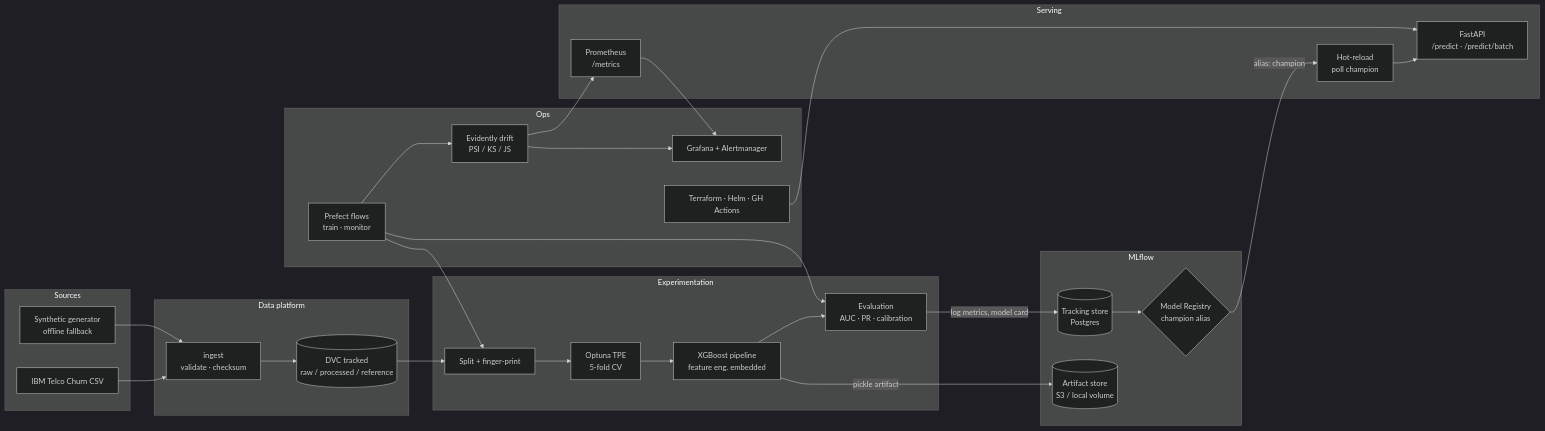
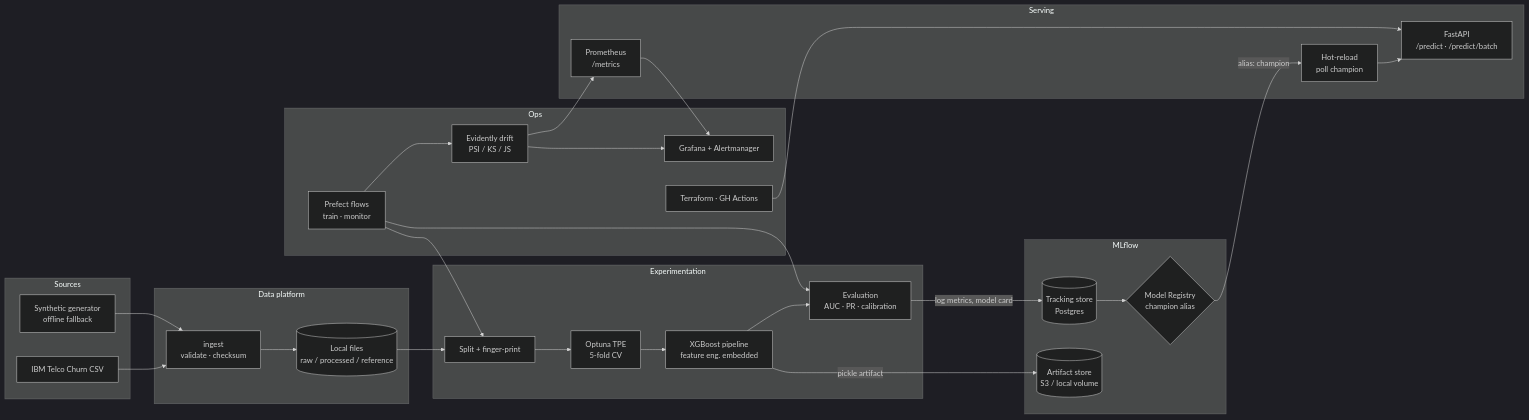
Before and after one commit to GuptaAman12/churnguard: the diagram in docs/architecture.md, drawn with Mermaid (dark theme). The commit also changed other lines of this file and 5 other files, not shown here.

````diff
--- a/docs/architecture.md
+++ b/docs/architecture.md
@@ -7,54 +7,54 @@
 ```mermaid
 flowchart LR
     subgraph Sources
         A[IBM Telco Churn CSV]
         A2[Synthetic generator<br/>offline fallback]
     end
 
     subgraph DataPlatform["Data platform"]
         B[ingest<br/>validate · checksum]
-        C[(DVC tracked<br/>raw / processed / reference)]
+        C[(Local files<br/>raw / processed / reference)]
     end
 
     subgraph Experimentation
         D[Split + finger-print]
         E[Optuna TPE<br/>5-fold CV]
         F[XGBoost pipeline<br/>feature eng. embedded]
         G[Evaluation<br/>AUC · PR · calibration]
     end
 
     subgraph Registry[MLflow]
         H[(Tracking store<br/>Postgres)]
         I[(Artifact store<br/>S3 / local volume)]
         J{Model Registry<br/>champion alias}
     end
 
     subgraph Serving
         K[FastAPI<br/>/predict · /predict/batch]
         L[Hot-reload<br/>poll champion]
         M[Prometheus<br/>/metrics]
     end
 
     subgraph Ops
         N[Prefect flows<br/>train · monitor]
         O[Evidently drift<br/>PSI / KS / JS]
         P[Grafana + Alertmanager]
-        Q[Terraform · Helm · GH Actions]
+        Q[Terraform · GH Actions]
     end
 
     A --> B
     A2 --> B
     B --> C
     C --> D --> E --> F --> G
     G -->|log metrics, model card| H
     F -->|pickle artifact| I
     H --> J
     J -->|alias: champion| L --> K
     M --> P
     N --> D
     N --> G
     N --> O
     O --> M
     O --> P
     Q --> K
 ```
````
